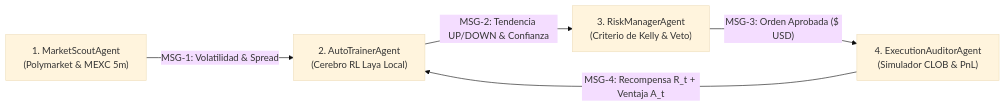
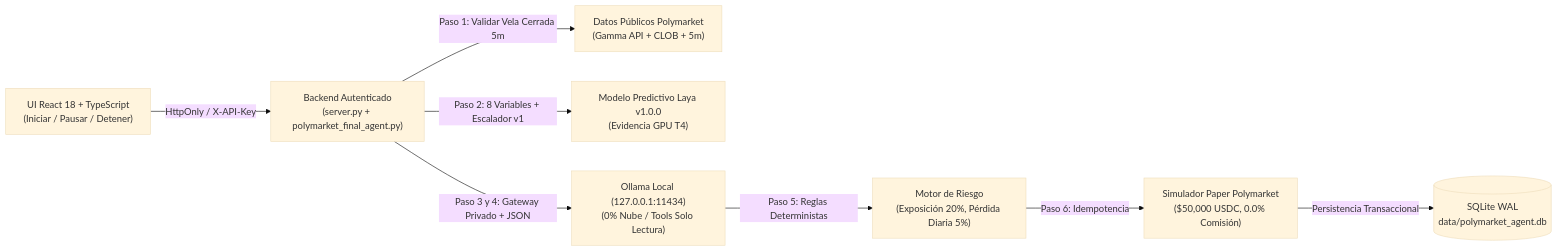
One commit to DanielJuarez-AI/Trading-bot changed the diagram in README.md. Above: the diagram before and after it, drawn with Mermaid (base theme). The commit also changed other lines of this file and 5 other files, not shown here.

````diff
--- a/README.md
+++ b/README.md
@@ -37,7 +15,10 @@
 ```mermaid
 flowchart LR
-    A["1. MarketScoutAgent<br/>(Polymarket & MEXC 5m)"] -->|"MSG-1: Volatilidad & Spread"| B["2. AutoTrainerAgent<br/>(Cerebro RL Laya Local)"]
-    B -->|"MSG-2: Tendencia UP/DOWN & Confianza"| C["3. RiskManagerAgent<br/>(Criterio de Kelly & Veto)"]
-    C -->|"MSG-3: Orden Aprobada ($ USD)"| D["4. ExecutionAuditorAgent<br/>(Simulador CLOB & PnL)"]
-    D -->|"MSG-4: Recompensa R_t + Ventaja A_t"| B
+    UI["UI React 18 + TypeScript<br/>(Iniciar / Pausar / Detener)"] -->|"HttpOnly / X-API-Key"| API["Backend Autenticado<br/>(server.py + polymarket_final_agent.py)"]
+    API -->|"Paso 1: Validar Vela Cerrada 5m"| POLY["Datos Públicos Polymarket<br/>(Gamma API + CLOB + 5m)"]
+    API -->|"Paso 2: 8 Variables + Escalador v1"| MODEL["Modelo Predictivo Laya v1.0.0<br/>(Evidencia GPU T4)"]
+    API -->|"Paso 3 y 4: Gateway Privado + JSON"| OLLAMA["Ollama Local (127.0.0.1:11434)<br/>(0% Nube / Tools Solo Lectura)"]
+    OLLAMA -->|"Paso 5: Reglas Deterministas"| RISK["Motor de Riesgo<br/>(Exposición 20%, Pérdida Diaria 5%)"]
+    RISK -->|"Paso 6: Idempotencia"| PAPER["Simulador Paper Polymarket<br/>($50,000 USDC, 0.0% Comisión)"]
+    PAPER -->|"Persistencia Transaccional"| DB[("SQLite WAL<br/>data/polymarket_agent.db")]
 ```
````
